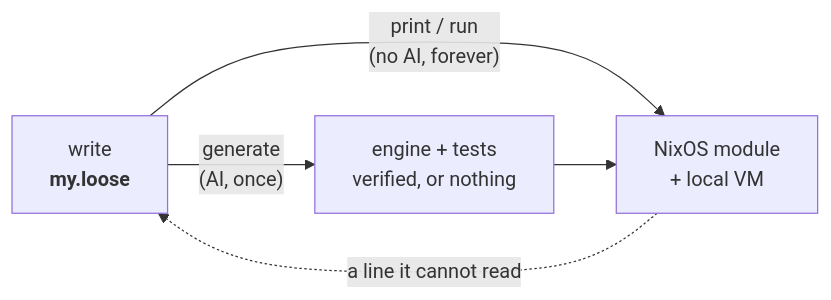
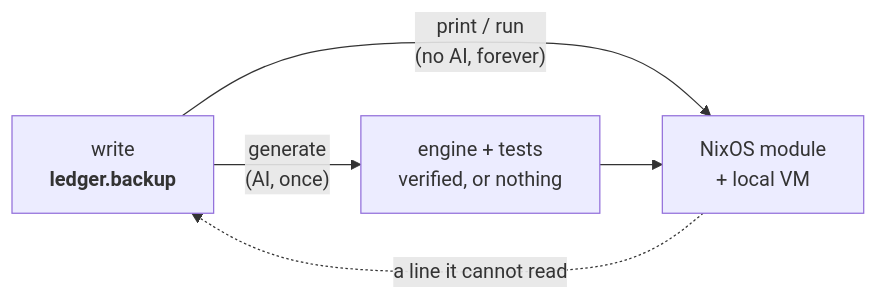
One commit to cornerman/lips changed the diagram in README.md. Above: the diagram before and after it, drawn with Mermaid. The commit also changed other lines of this file and 28 other files, not shown here.

````diff
--- a/README.md
+++ b/README.md
@@ -71,8 +78,8 @@
 ```mermaid
 flowchart LR
-    W["write<br><b>my.loose</b>"]
+    W["write<br><b>ledger.backup</b>"]
     W -->|"generate<br>(AI, once)"| E["engine + tests<br>verified, or nothing"]
     W -->|"print / run<br>(no AI, forever)"| M["NixOS module<br>+ local VM"]
     E --> M
     M -.->|"a line it cannot read"| W
 ```
````
